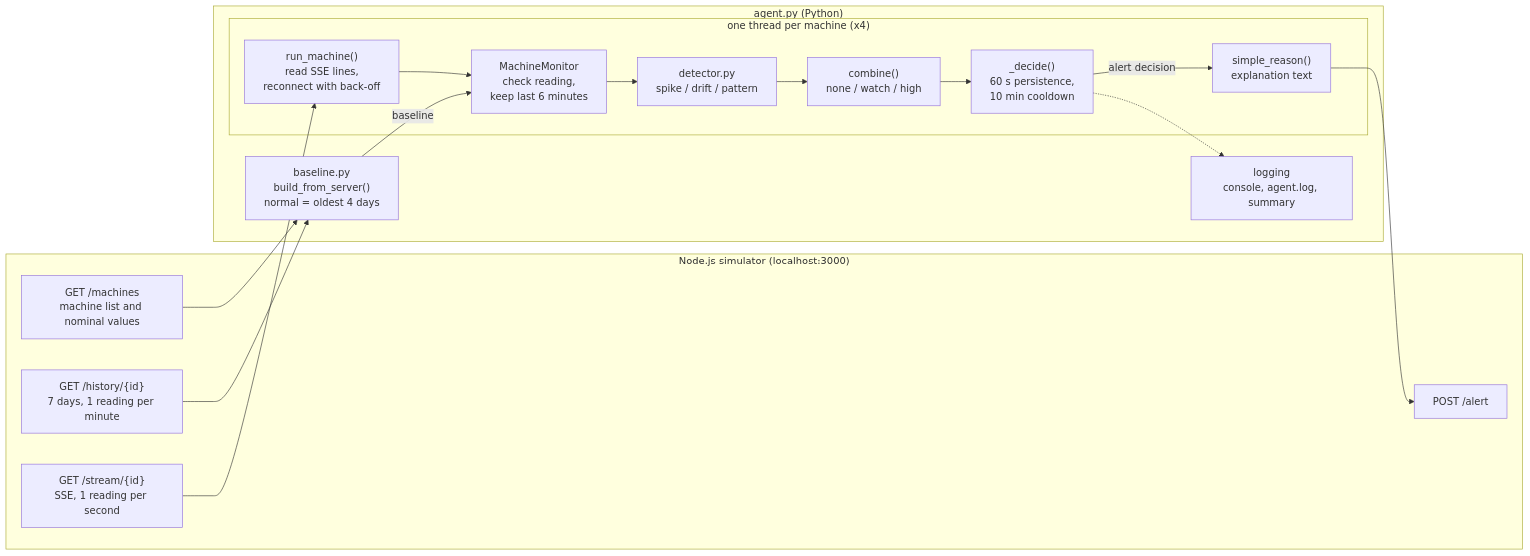
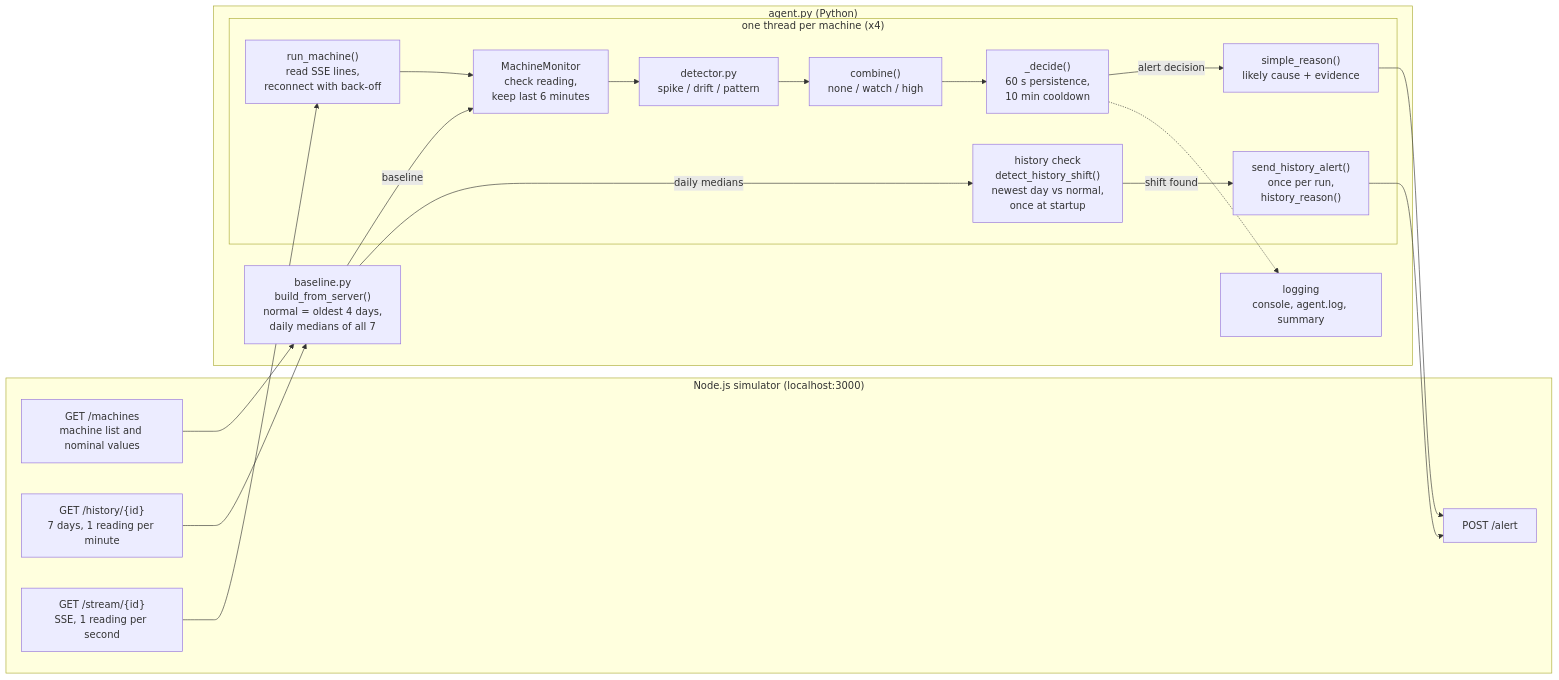
One commit to Shreyasr1608/predictive-maintenance-agent changed the diagram in README.md. Above: the diagram before and after it, drawn with Mermaid. The commit also changed other lines of this file and 12 other files, not shown here.

````diff
--- a/README.md
+++ b/README.md
@@ -186,29 +213,32 @@
 ```mermaid
 flowchart LR
     subgraph SIM["Node.js simulator (localhost:3000)"]
         MACH["GET /machines<br/>machine list and nominal values"]
         HIST["GET /history/{id}<br/>7 days, 1 reading per minute"]
         STREAM["GET /stream/{id}<br/>SSE, 1 reading per second"]
         ALERT["POST /alert"]
     end
 
     subgraph AGENT["agent.py (Python)"]
-        BASE["baseline.py<br/>build_from_server()<br/>normal = oldest 4 days"]
+        BASE["baseline.py<br/>build_from_server()<br/>normal = oldest 4 days,<br/>daily medians of all 7"]
         subgraph THREAD["one thread per machine (x4)"]
+            HCHK["history check<br/>detect_history_shift()<br/>newest day vs normal,<br/>once at startup"]
+            HSEND["send_history_alert()<br/>once per run,<br/>history_reason()"]
             READ["run_machine()<br/>read SSE lines,<br/>reconnect with back-off"]
             MON["MachineMonitor<br/>check reading,<br/>keep last 6 minutes"]
             DET["detector.py<br/>spike / drift / pattern"]
             COMB["combine()<br/>none / watch / high"]
             DEC["_decide()<br/>60 s persistence,<br/>10 min cooldown"]
-            EXPL["simple_reason()<br/>explanation text"]
+            EXPL["simple_reason()<br/>likely cause + evidence"]
         end
         LOGS["logging<br/>console, agent.log, summary"]
     end
 
     MACH --> BASE
     HIST --> BASE
     BASE -->|baseline| MON
+    BASE -->|daily medians| HCHK -->|"shift found"| HSEND --> ALERT
     STREAM --> READ --> MON --> DET --> COMB --> DEC
     DEC -->|"alert decision"| EXPL --> ALERT
     DEC -.-> LOGS
 ```
````
